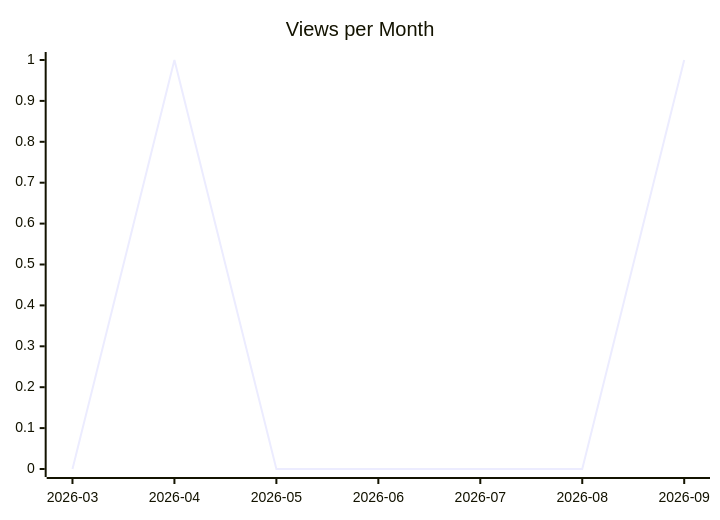
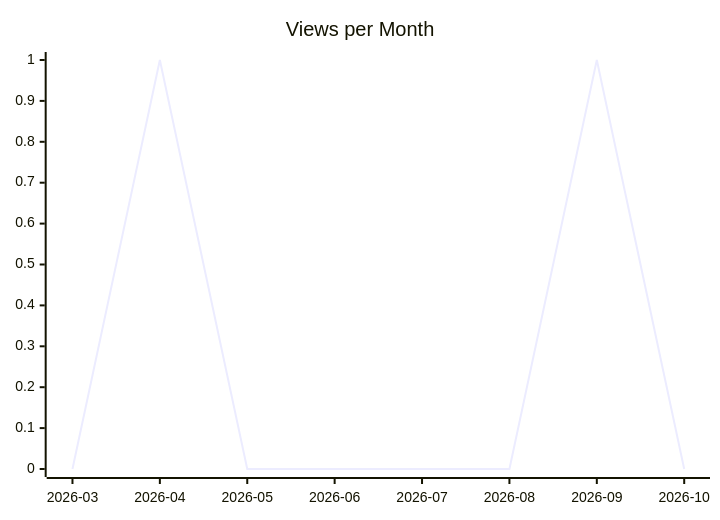
One commit to justdavis-family/github-analytics-data changed the second of 3 diagrams in karlmdavis/obsidian-operator/README.md. Above: the diagram before and after it, drawn with Mermaid. The commit also changed other lines of this file and 202 other files, not shown here.

````diff
--- a/karlmdavis/obsidian-operator/README.md
+++ b/karlmdavis/obsidian-operator/README.md
@@ -12,6 +12,6 @@
 ```mermaid
 xychart-beta
   title "Views per Month"
-  x-axis ["2026-03", "2026-04", "2026-05", "2026-06", "2026-07", "2026-08", "2026-09"]
-  line [0, 1, 0, 0, 0, 0, 1]
+  x-axis ["2026-03", "2026-04", "2026-05", "2026-06", "2026-07", "2026-08", "2026-09", "2026-10"]
+  line [0, 1, 0, 0, 0, 0, 1, 0]
 ```
````
